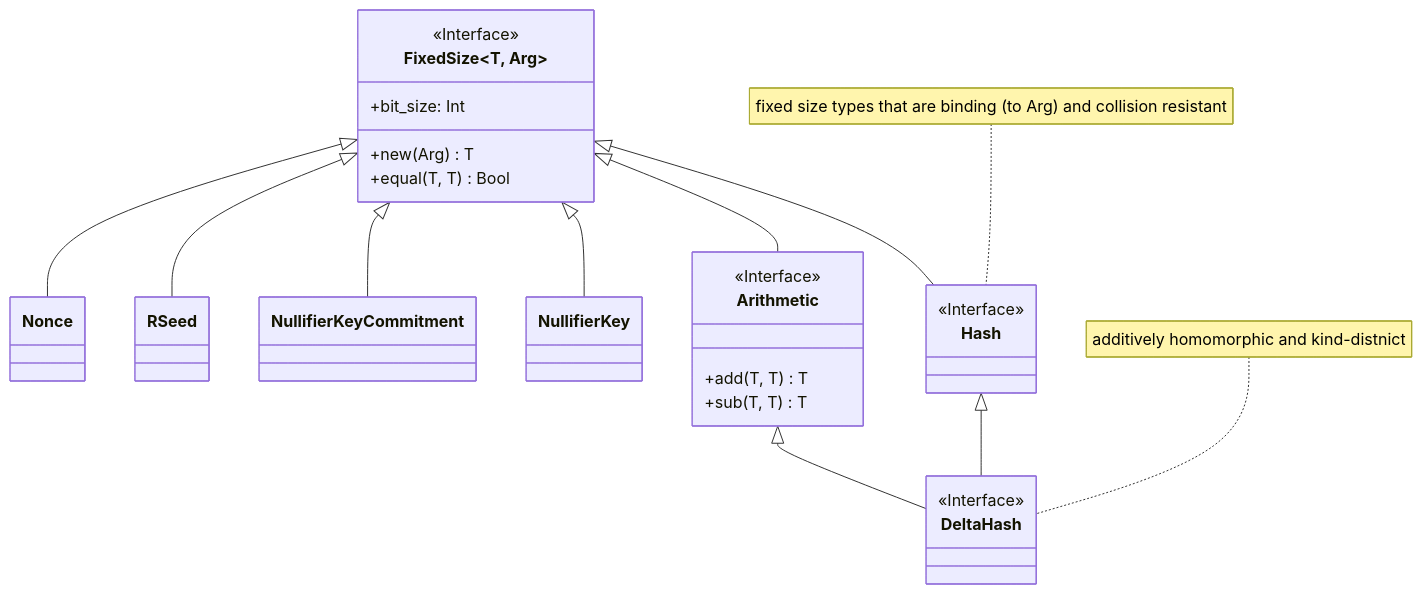
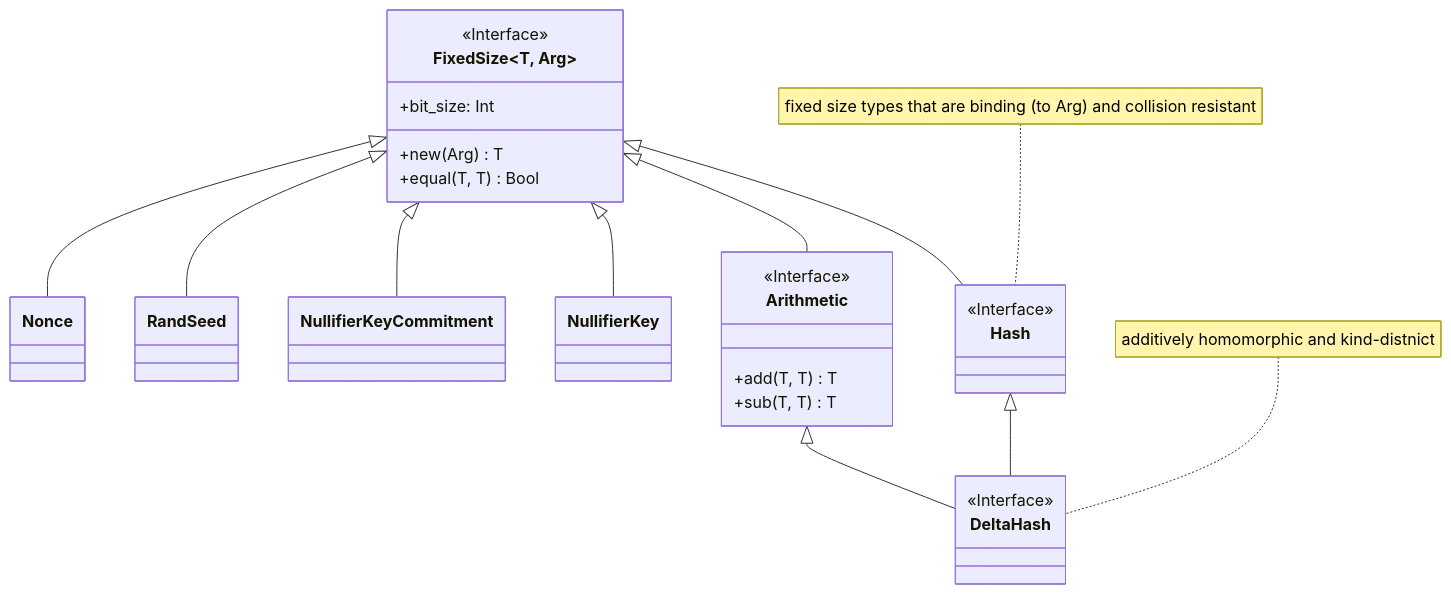
Before and after one commit to anoma/nspec: the diagram in docs/system_architecture/state/resource_machine/primitive_interfaces/fixed_size_type/fixed_size_type.md, drawn with Mermaid. The commit also changed 10 other files, not shown here.

````diff
--- a/docs/system_architecture/state/resource_machine/primitive_interfaces/fixed_size_type/fixed_size_type.md
+++ b/docs/system_architecture/state/resource_machine/primitive_interfaces/fixed_size_type/fixed_size_type.md
@@ -9,39 +9,39 @@
 ``` mermaid
 
 classDiagram
     class FixedSize~T, Arg~ {
          <<Interface>>
          +bit_size: Int
          +new(Arg) T
          +equal(T, T) Bool
     }
 
     FixedSize <|-- Nonce
-    FixedSize <|-- RSeed
+    FixedSize <|-- RandSeed
     FixedSize <|-- NullifierKeyCommitment
     FixedSize <|-- NullifierKey
 
     FixedSize <|-- Arithmetic
     FixedSize <|-- Hash
 
 
     note for Hash "fixed size types that are binding (to Arg) and collision resistant"
     class Hash~T, Arg~ {
         <<Interface>>
     }
 
     class Arithmetic~T, Arg~ {
         <<Interface>>
         +add(T, T) T
         +sub(T, T) T
     }
 
     Hash <|-- DeltaHash
     Arithmetic <|-- DeltaHash
 
     note for DeltaHash "additively homomorphic and kind-distnict"
     class DeltaHash {
         <<Interface>>
     }
 
 ```
````
